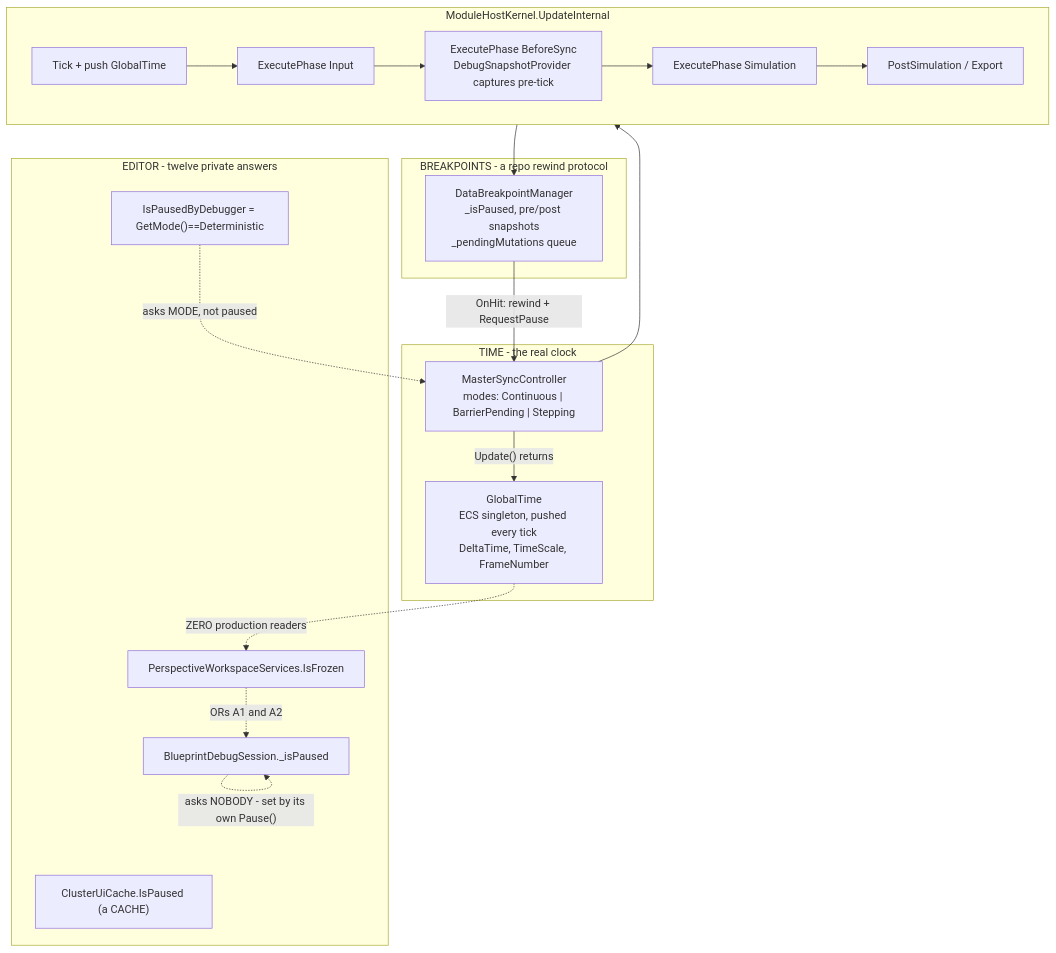
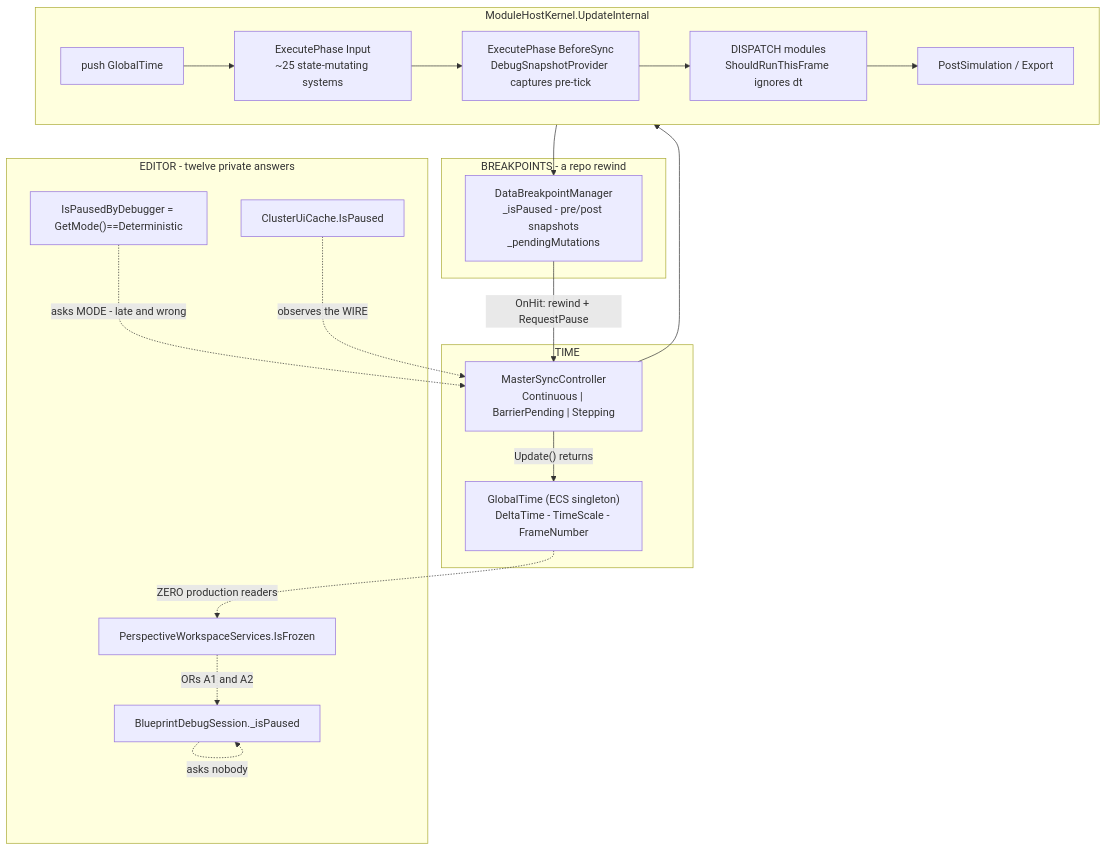
The first of 4 diagrams in docs/blueprints/DESIGN_Time_And_Write_Architecture.md (pjanec/HROT), drawn with Mermaid before and after one commit. The commit also changed other lines of this file and 3 other files, not shown here.

First line of the commit message:
design: all six probes run -- the tick never stops, and that is why staging exists

````diff
--- a/docs/blueprints/DESIGN_Time_And_Write_Architecture.md
+++ b/docs/blueprints/DESIGN_Time_And_Write_Architecture.md
@@ -43,34 +38,35 @@
 ```mermaid
 graph TD
-    subgraph Clock["TIME - the real clock"]
-        MSC["MasterSyncController<br/>modes: Continuous | BarrierPending | Stepping"]
-        GT["GlobalTime<br/>ECS singleton, pushed every tick<br/>DeltaTime, TimeScale, FrameNumber"]
+    subgraph Clock["TIME"]
+        MSC["MasterSyncController<br/>Continuous | BarrierPending | Stepping"]
+        GT["GlobalTime (ECS singleton)<br/>DeltaTime - TimeScale - FrameNumber"]
         MSC -->|"Update() returns"| GT
     end
 
     subgraph Kernel["ModuleHostKernel.UpdateInternal"]
-        K1["Tick + push GlobalTime"] --> K2["ExecutePhase Input"]
+        K1["push GlobalTime"] --> K2["ExecutePhase Input<br/>~25 state-mutating systems"]
         K2 --> K3["ExecutePhase BeforeSync<br/>DebugSnapshotProvider captures pre-tick"]
-        K3 --> K4["ExecutePhase Simulation"]
+        K3 --> K4["DISPATCH modules<br/>ShouldRunThisFrame ignores dt"]
         K4 --> K5["PostSimulation / Export"]
     end
 
-    subgraph Bp["BREAKPOINTS - a repo rewind protocol"]
-        DBM["DataBreakpointManager<br/>_isPaused, pre/post snapshots<br/>_pendingMutations queue"]
+    subgraph Bp["BREAKPOINTS - a repo rewind"]
+        DBM["DataBreakpointManager<br/>_isPaused - pre/post snapshots<br/>_pendingMutations"]
     end
 
     subgraph Editor["EDITOR - twelve private answers"]
         A1["BlueprintDebugSession._isPaused"]
         A2["IsPausedByDebugger = GetMode()==Deterministic"]
         A3["PerspectiveWorkspaceServices.IsFrozen"]
-        A4["ClusterUiCache.IsPaused (a CACHE)"]
+        A4["ClusterUiCache.IsPaused"]
     end
 
     MSC --> Kernel
     Kernel --> DBM
     DBM -->|"OnHit: rewind + RequestPause"| MSC
-    A2 -.->|"asks MODE, not paused"| MSC
-    A1 -.->|"asks NOBODY - set by its own Pause()"| A1
+    A2 -.->|"asks MODE - late and wrong"| MSC
+    A1 -.->|"asks nobody"| A1
     A3 -.->|"ORs A1 and A2"| A1
+    A4 -.->|"observes the WIRE"| MSC
     GT -.->|"ZERO production readers"| A3
 ```
````
